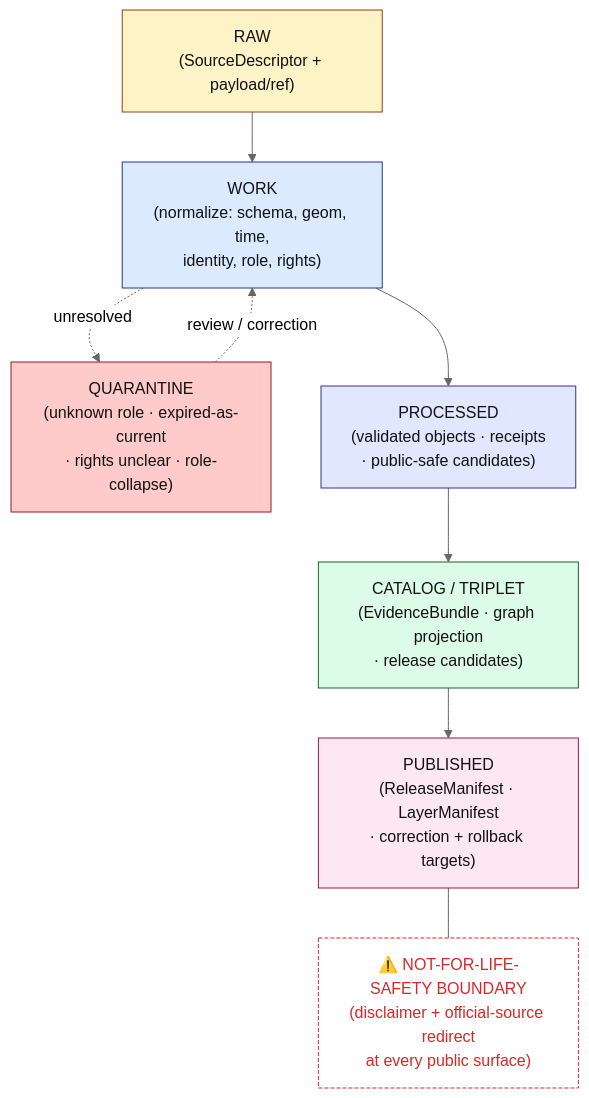
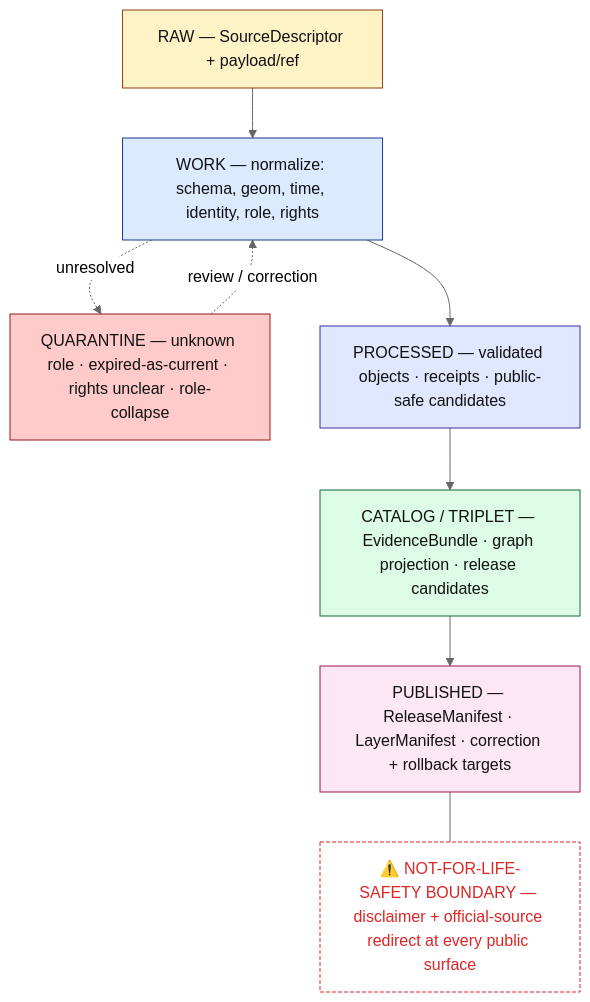
The second of 3 diagrams in docs/domains/hazards/README.md (bartytime4life/Kansas-Frontier-Matrix), drawn with Mermaid (neutral theme) before and after one commit. The commit also changed other lines of this file, not shown here.

````diff
--- a/docs/domains/hazards/README.md
+++ b/docs/domains/hazards/README.md
@@ -368,27 +386,26 @@
 ```mermaid
 flowchart TB
   classDef raw fill:#FEF3C7,stroke:#92400E,color:#111;
   classDef work fill:#DBEAFE,stroke:#1E3A8A,color:#111;
   classDef quar fill:#FECACA,stroke:#991B1B,color:#111;
   classDef proc fill:#E0E7FF,stroke:#3730A3,color:#111;
   classDef cat fill:#DCFCE7,stroke:#166534,color:#111;
   classDef pub fill:#FCE7F3,stroke:#9D174D,color:#111;
   classDef boundary fill:#FFF,stroke:#DC2626,color:#DC2626,stroke-dasharray: 4 2;
 
-  RAW["RAW<br/>(SourceDescriptor + payload/ref)"]:::raw
-  WORK["WORK<br/>(normalize: schema, geom, time,<br/>identity, role, rights)"]:::work
-  Q["QUARANTINE<br/>(unknown role · expired-as-current<br/>· rights unclear · role-collapse)"]:::quar
-  PROC["PROCESSED<br/>(validated objects · receipts<br/>· public-safe candidates)"]:::proc
-  CAT["CATALOG / TRIPLET<br/>(EvidenceBundle · graph projection<br/>· release candidates)"]:::cat
-  PUB["PUBLISHED<br/>(ReleaseManifest · LayerManifest<br/>· correction + rollback targets)"]:::pub
-
-  NLS["⚠️ NOT-FOR-LIFE-SAFETY BOUNDARY<br/>(disclaimer + official-source redirect<br/>at every public surface)"]:::boundary
+  RAW["RAW — SourceDescriptor + payload/ref"]:::raw
+  WORK["WORK — normalize: schema, geom, time, identity, role, rights"]:::work
+  Q["QUARANTINE — unknown role · expired-as-current · rights unclear · role-collapse"]:::quar
+  PROC["PROCESSED — validated objects · receipts · public-safe candidates"]:::proc
+  CAT["CATALOG / TRIPLET — EvidenceBundle · graph projection · release candidates"]:::cat
+  PUB["PUBLISHED — ReleaseManifest · LayerManifest · correction + rollback targets"]:::pub
+  NLS["⚠️ NOT-FOR-LIFE-SAFETY BOUNDARY — disclaimer + official-source redirect at every public surface"]:::boundary
 
   RAW --> WORK
   WORK --> PROC
   WORK -.unresolved.-> Q
   Q -.review / correction.-> WORK
   PROC --> CAT
   CAT --> PUB
   PUB --- NLS
 ```
````
